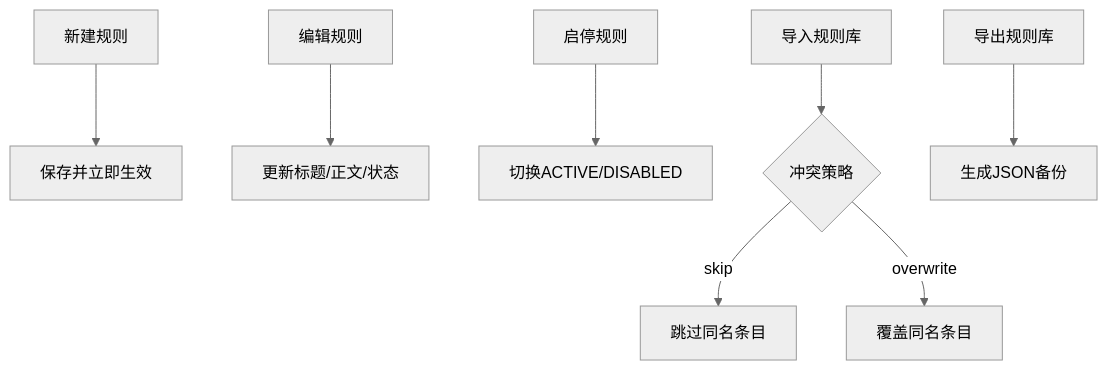
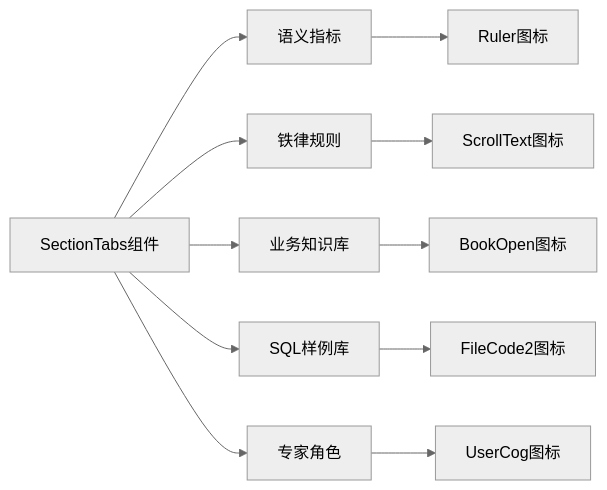
One commit to dgjin/smart-data-analytics changed the fourth of 5 diagrams in .qoder/repowiki/zh/content/前端应用/核心组件库/管理面板组件.md. Above: the diagram before and after it, drawn with Mermaid (neutral theme). The commit also changed other lines of this file and 146 other files, not shown here.

````diff
--- a/.qoder/repowiki/zh/content/前端应用/核心组件库/管理面板组件.md
+++ b/.qoder/repowiki/zh/content/前端应用/核心组件库/管理面板组件.md
@@ -449,10 +295,13 @@
 ```mermaid
-flowchart TD
-Create["新建规则"] --> Save["保存并立即生效"]
-Edit["编辑规则"] --> Update["更新标题/正文/状态"]
-Toggle["启停规则"] --> Status["切换ACTIVE/DISABLED"]
-Import["导入规则库"] --> Strategy{"冲突策略"}
-Strategy --> |skip| Skip["跳过同名条目"]
-Strategy --> |overwrite| Overwrite["覆盖同名条目"]
-Export["导出规则库"] --> File["生成JSON备份"]
+graph LR
+ST["SectionTabs组件"] --> T1["语义指标"]
+ST --> T2["铁律规则"]
+ST --> T3["业务知识库"]
+ST --> T4["SQL样例库"]
+ST --> T5["专家角色"]
+T1 --> Icon1["Ruler图标"]
+T2 --> Icon2["ScrollText图标"]
+T3 --> Icon3["BookOpen图标"]
+T4 --> Icon4["FileCode2图标"]
+T5 --> Icon5["UserCog图标"]
 ```
````
